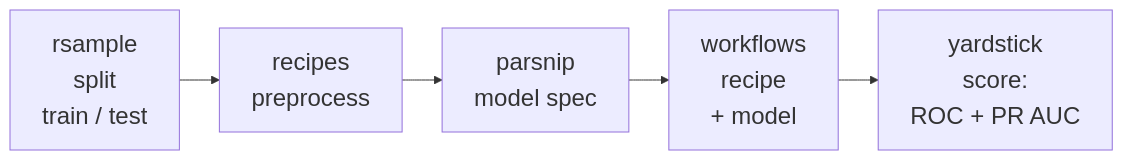
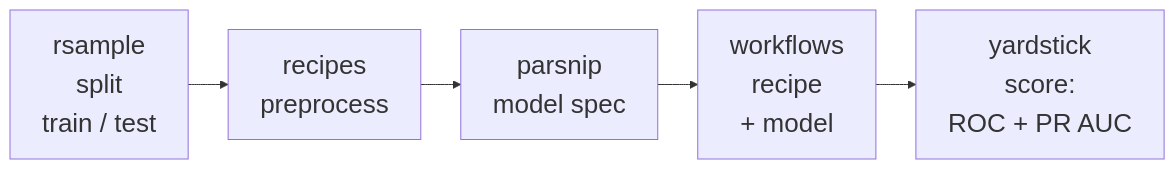
The first of 2 diagrams in slides/workshops/mlt-r-basic/00-basic-deck.qmd (CorradoLanera/mlt-overview), drawn with Mermaid before and after one commit. The commit also changed other lines of this file and 1 other file, not shown here.

First line of the commit message:
slides(basic): race-proof mermaid fonts (fix overflow in embedded webviews)

````diff
--- a/slides/workshops/mlt-r-basic/00-basic-deck.qmd
+++ b/slides/workshops/mlt-r-basic/00-basic-deck.qmd
@@ -649,8 +654,8 @@
 ```{mermaid}
-%%{init: {'flowchart': {'nodeSpacing': 26, 'rankSpacing': 40, 'padding': 16}, 'themeVariables': {'fontSize': '24px'}}}%%
+%%{init: {'fontFamily': 'Arial, Helvetica, sans-serif', 'flowchart': {'nodeSpacing': 26, 'rankSpacing': 40, 'padding': 16}, 'themeVariables': {'fontSize': '26px'}}}%%
 flowchart LR
   RS["rsample<br/>split<br/>train / test"] --> RC["recipes<br/>preprocess"]
   RC --> PS["parsnip<br/>model spec"]
   PS --> WF["workflows<br/>recipe<br/>+ model"]
   WF --> YS["yardstick<br/>score:<br/>ROC + PR AUC"]
 ```
````
